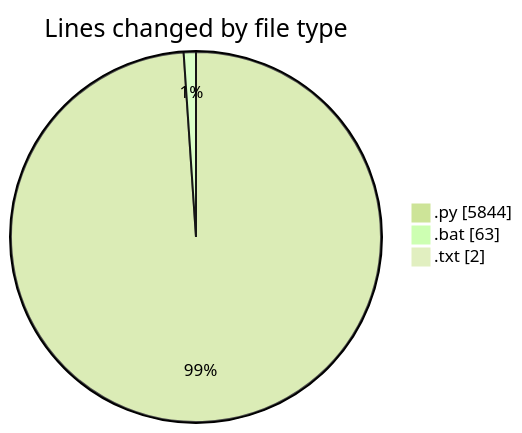
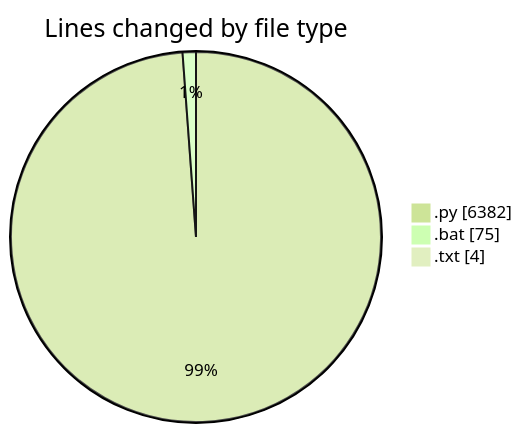
Before and after one commit to lephambinh05/code-tracking: the first of 2 diagrams in 2025-07-21/reg/README.md, drawn with Mermaid (forest theme). The commit also changed other lines of this file and 1 other file, not shown here.

````diff
--- a/2025-07-21/reg/README.md
+++ b/2025-07-21/reg/README.md
@@ -44,7 +47,7 @@
 ```mermaid
 pie showData
 title Lines changed by file type
-".py" : 5844
-".bat" : 63
-".txt" : 2
+".py" : 6382
+".bat" : 75
+".txt" : 4
 ```
````
